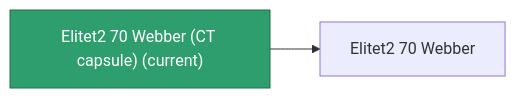
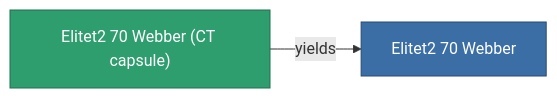
The diagram in content/content/items/elitet2_70_webber_CT_capsule.md (OpenPerpetuum/Wiki), drawn with Mermaid before and after one commit. The commit also changed other lines of this file and 2015 other files, not shown here.

````diff
--- a/content/content/items/elitet2_70_webber_CT_capsule.md
+++ b/content/content/items/elitet2_70_webber_CT_capsule.md
@@ -33,8 +33,9 @@
 ```mermaid
 graph LR
-    a["Elitet2 70 Webber (CT capsule) (current)"]:::current
-    b["Elitet2 70 Webber"]
-    a --> b
-    click b "/content/items/elitet2-70-webber/" "Elitet2 70 Webber"
+    a["Elitet2 70 Webber (CT capsule)"]:::current
+    b["Elitet2 70 Webber"]:::finished
+    a -->|yields| b
+                click b "/content/items/elitet2-70-webber/" "Elitet2 70 Webber"
     classDef current fill:#2f9e6f,stroke:#1f6f4a,color:#ffffff
+    classDef finished fill:#3b6ea5,stroke:#274a75,color:#ffffff
 ```
````
